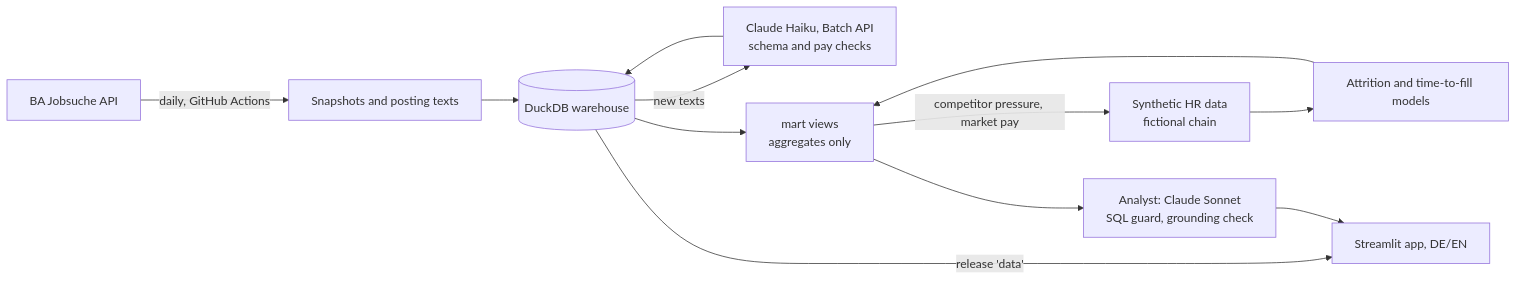
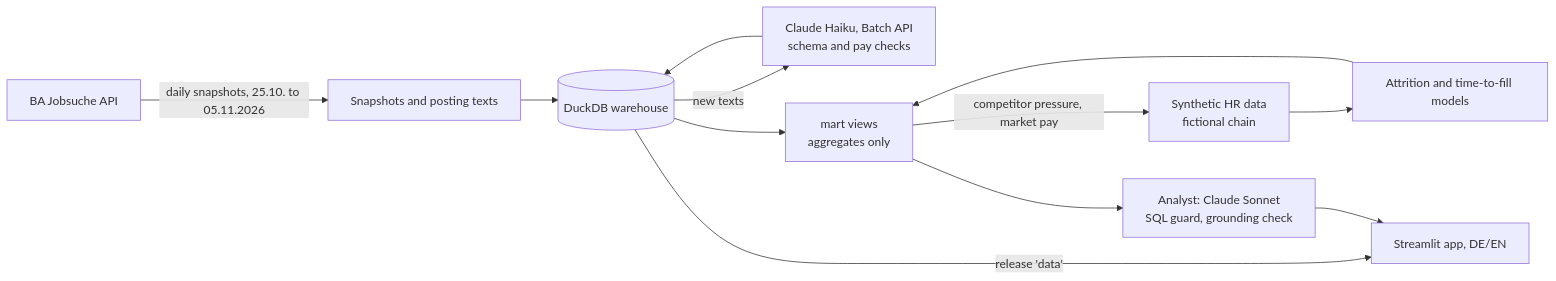
Before and after one commit to imakaash/schichtwechsel: the diagram in README.md, drawn with Mermaid. The commit also changed other lines of this file and 8 other files, not shown here.

````diff
--- a/README.md
+++ b/README.md
@@ -64,14 +64,14 @@
 ```mermaid
 flowchart LR
-    BA["BA Jobsuche API"] -->|"daily, GitHub Actions"| SNAP["Snapshots and posting texts"]
+    BA["BA Jobsuche API"] -->|"daily snapshots, 25.10. to 05.11.2026"| SNAP["Snapshots and posting texts"]
     SNAP --> WH[("DuckDB warehouse")]
     WH -->|"new texts"| EXT["Claude Haiku, Batch API<br/>schema and pay checks"]
     EXT --> WH
     WH --> MART["mart views<br/>aggregates only"]
     MART -->|"competitor pressure, market pay"| HRIS["Synthetic HR data<br/>fictional chain"]
     HRIS --> MODELS["Attrition and time-to-fill models"]
     MODELS --> MART
     WH -->|"release 'data'"| APP["Streamlit app, DE/EN"]
     MART --> AGENT["Analyst: Claude Sonnet<br/>SQL guard, grounding check"]
     AGENT --> APP
 ```
````
